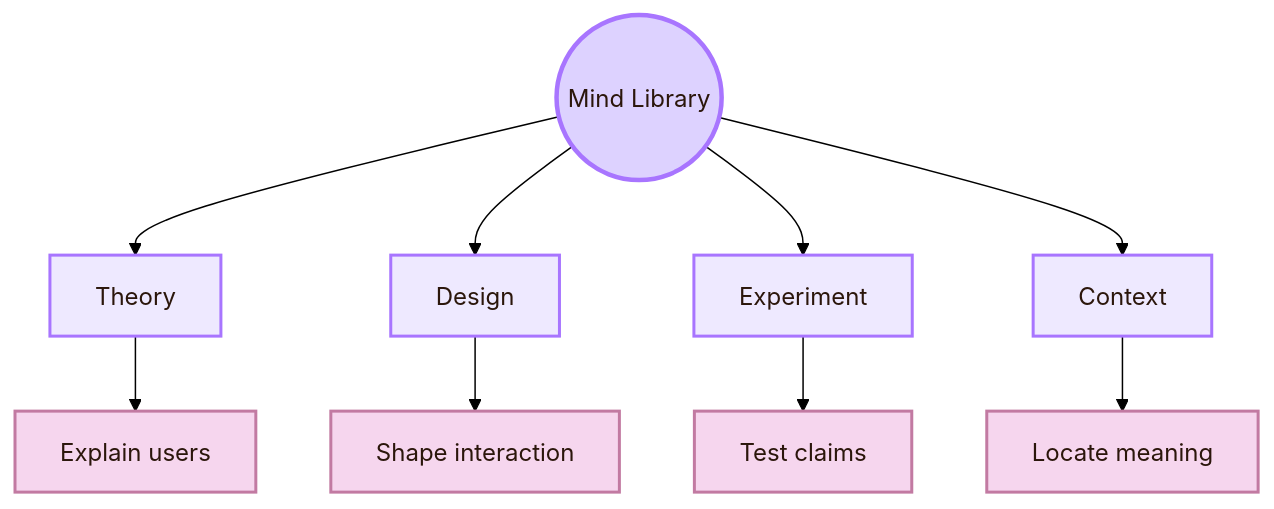
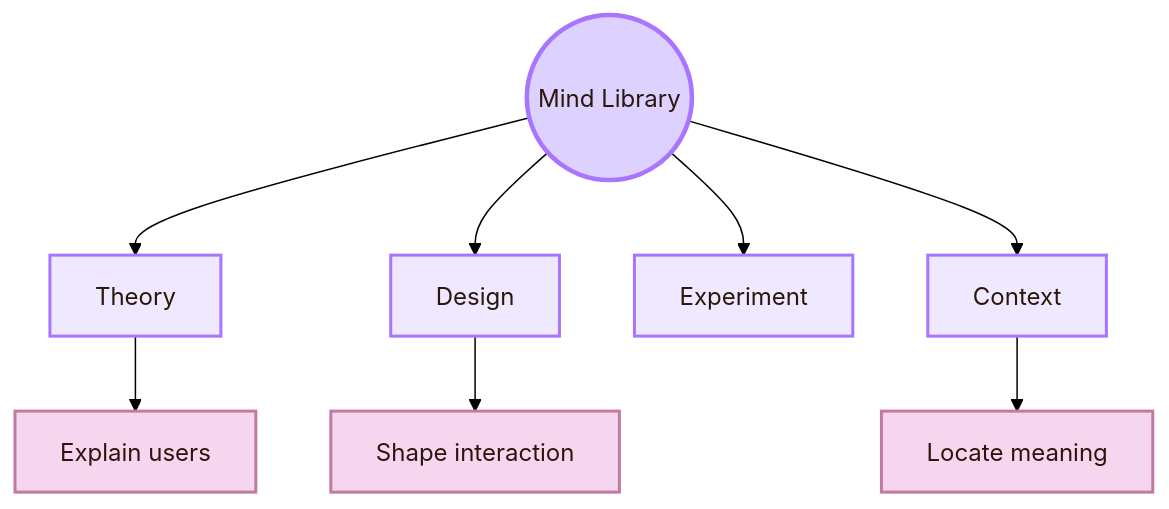
The first of 3 diagrams in 01_Core_Area_HCI/001_Subareas/01_Understanding_the_User/Overview.md (andreitegzes06-ui/CogniShire), drawn with Mermaid (forest theme) before and after one commit. The commit also changed other lines of this file and 131 other files, not shown here.

````diff
--- a/01_Core_Area_HCI/001_Subareas/01_Understanding_the_User/Overview.md
+++ b/01_Core_Area_HCI/001_Subareas/01_Understanding_the_User/Overview.md
@@ -29,21 +28,20 @@
 ```mermaid
 flowchart TB
     A((Mind Library))
     A --> B[Theory]
     A --> C[Design]
     A --> D[Experiment]
     A --> E[Context]
 
     B --> B1[Explain users]
     C --> C1[Shape interaction]
-    D --> D1[Test claims]
     E --> E1[Locate meaning]
 
     classDef center fill:#ddd2ff,stroke:#a875ff,color:#2b160b,stroke-width:3px;
     classDef node fill:#eee9ff,stroke:#a875ff,color:#2b160b,stroke-width:2px;
     classDef detail fill:#f6d6ee,stroke:#c27aa2,color:#2b160b,stroke-width:2px;
 
     class A center;
     class B,C,D,E node;
     class B1,C1,D1,E1 detail;
 ```
````
